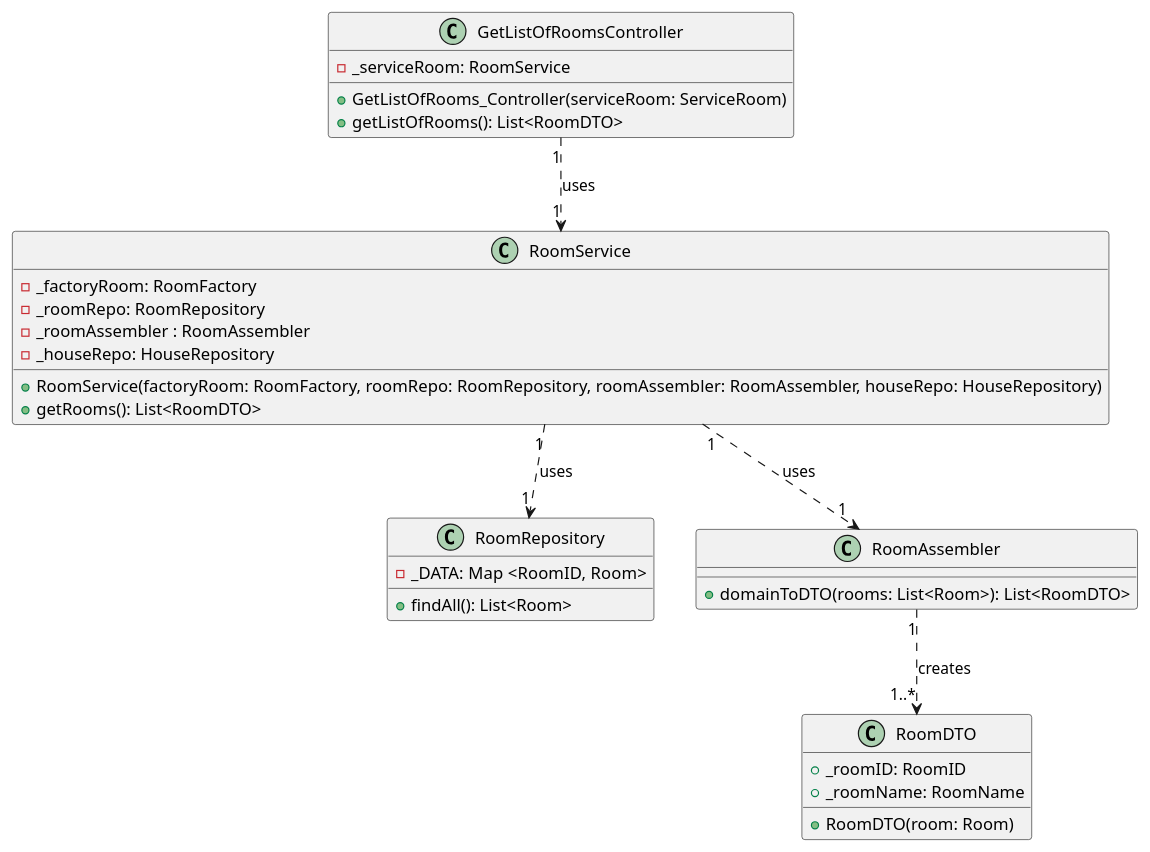
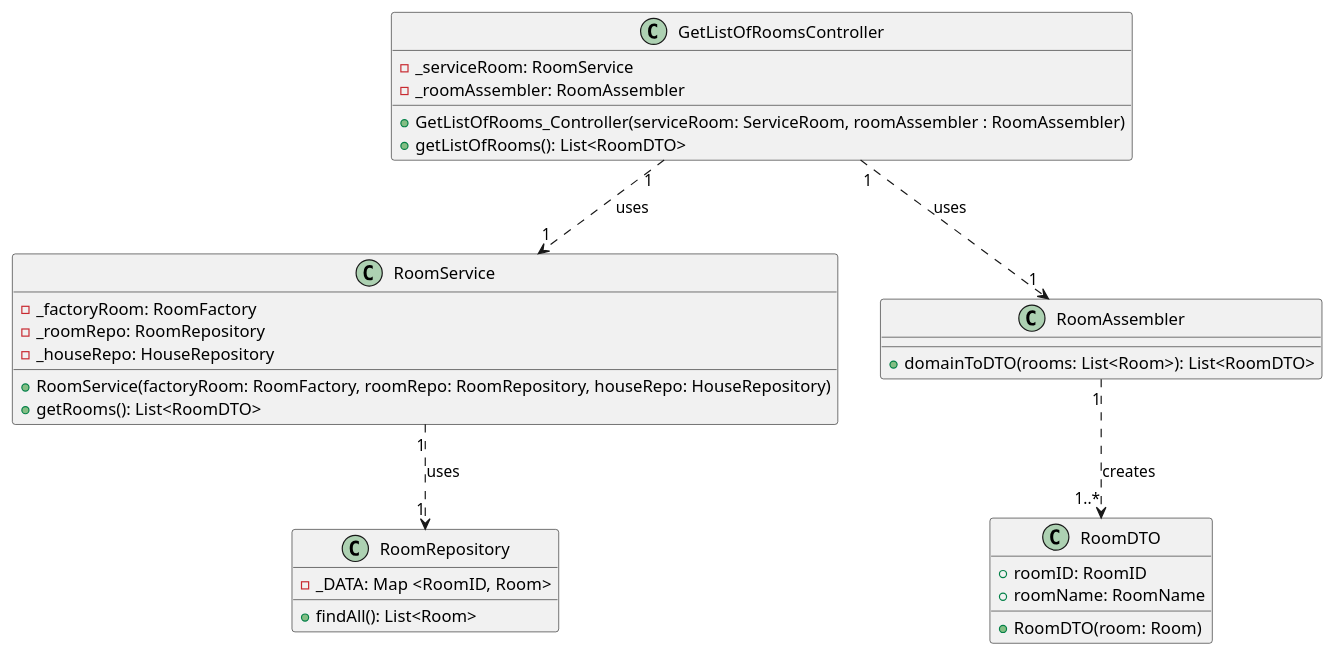
Before and after one commit to olivDiogo/SmartHome: the diagram in docs/userStories/us03/artifacts/US03CD.puml, drawn with PlantUML.

Commit message:
fix: US03 cd refactoring

```diff
--- a/docs/userStories/us03/artifacts/US03CD.puml
+++ b/docs/userStories/us03/artifacts/US03CD.puml
@@ -1,49 +1,49 @@
 @startuml
 'https://plantuml.com/class-diagram
 
 class GetListOfRoomsController{
 'Attributes'
 - _serviceRoom: RoomService
+- _roomAssembler: RoomAssembler
 'Methods'
-+GetListOfRooms_Controller(serviceRoom: ServiceRoom)
++GetListOfRooms_Controller(serviceRoom: ServiceRoom, roomAssembler : RoomAssembler)
 +getListOfRooms(): List<RoomDTO>
 }
 
 class RoomService{
 'Attributes'
 - _factoryRoom: RoomFactory
 - _roomRepo: RoomRepository
-- _roomAssembler : RoomAssembler
 - _houseRepo: HouseRepository
 'Methods'
-+RoomService(factoryRoom: RoomFactory, roomRepo: RoomRepository, roomAssembler: RoomAssembler, houseRepo: HouseRepository)
++RoomService(factoryRoom: RoomFactory, roomRepo: RoomRepository, houseRepo: HouseRepository)
 +getRooms(): List<RoomDTO>
 }
 
 
 class RoomRepository{
 'Attributes'
 - _DATA: Map <RoomID, Room>
 'Methods'
 +findAll(): List<Room>
 }
 
 class RoomAssembler{
 'Methods'
 +domainToDTO(rooms: List<Room>): List<RoomDTO>
 }
 
 class RoomDTO{
 'Attributes'
-+_roomID: RoomID
-+_roomName: RoomName
++roomID: RoomID
++roomName: RoomName
 'Methods'
 +RoomDTO(room: Room)
 }
 
 GetListOfRoomsController "1" ..> "1" RoomService: uses
 RoomService "1" ..> "1" RoomRepository: uses
-RoomService "1" ..> "1" RoomAssembler: uses
+GetListOfRoomsController "1" ..> "1" RoomAssembler: uses
 RoomAssembler "1" ..> "1..*" RoomDTO: creates
 
 @enduml
```
